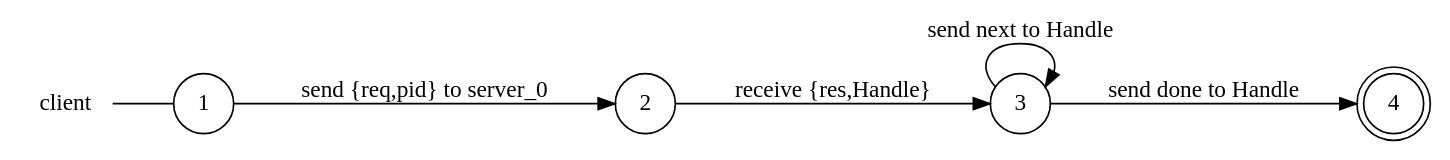
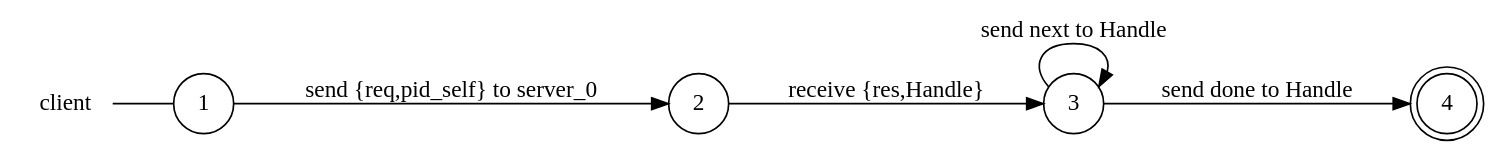
Before and after one commit to gabrielegenovese/chorer: the diagram in examples/serverclient/client_local_view.dot, drawn with Graphviz. The commit also changed 34 other files, not shown here.

```diff
--- a/examples/serverclient/client_local_view.dot
+++ b/examples/serverclient/client_local_view.dot
@@ -1,14 +1,14 @@
 digraph client {
 	rankdir="LR";
 	n_0 [label="client", shape="plaintext"];
 	n_1 [id="1", shape=circle, label="1"];
 	n_0 -> n_1 [arrowhead=none];
 	n_2 [id="2", shape=doublecircle, label="4"];
 	n_3 [id="4", shape=circle, label="2"];
 	n_4 [id="3", shape=circle, label="3"];
 
-	n_3 -> n_4 [id="[$e|3]", label="receive {res,Handle}"];
-	n_1 -> n_3 [id="[$e|5]", label="send {req,pid} to server_0"];
-	n_4 -> n_2 [id="[$e|4]", label="send done to Handle"];
 	n_4 -> n_4 [id="[$e|7]", label="send next to Handle"];
+	n_3 -> n_4 [id="[$e|4]", label="receive {res,Handle}"];
+	n_1 -> n_3 [id="[$e|1]", label="send {req,pid_self} to server_0"];
+	n_4 -> n_2 [id="[$e|5]", label="send done to Handle"];
 }
```
